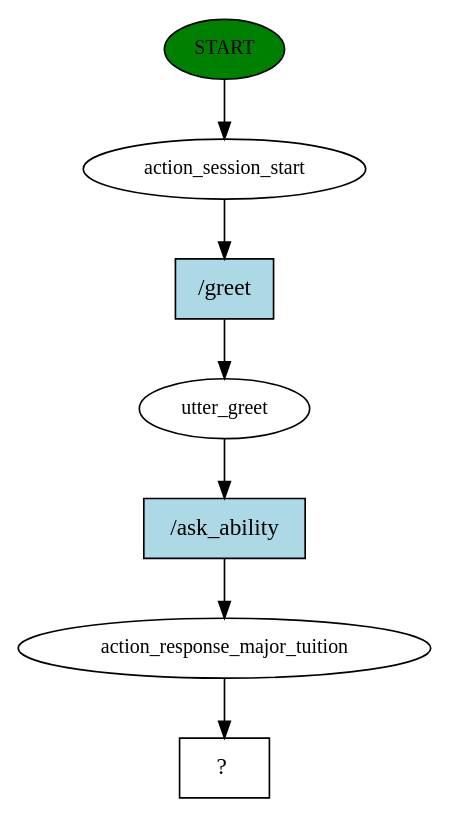
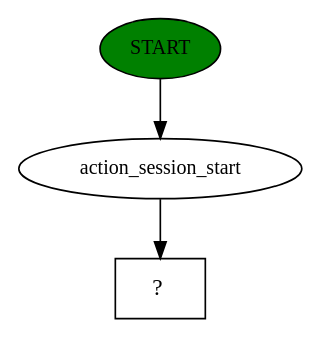
The diagram in story_graph.dot (Jester6136/Edubot), drawn with Graphviz before and after one commit. The commit also changed 6 other files, not shown here.

```diff
--- a/story_graph.dot
+++ b/story_graph.dot
@@ -1,15 +1,7 @@
 digraph  {
 0 [class="start active", fillcolor=green, fontsize=12, label=START, style=filled];
 1 [class=active, fontsize=12, label=action_session_start];
-2 [class=active, fontsize=12, label=utter_greet];
-3 [class=active, fontsize=12, label=action_response_major_tuition];
-4 [class="intent dashed active", label="  ?  ", shape=rect];
-5 [class="intent active", fillcolor=lightblue, label="/greet", shape=rect, style=filled];
-6 [class="intent active", fillcolor=lightblue, label="/ask_ability", shape=rect, style=filled];
+2 [class="intent dashed active", label="  ?  ", shape=rect];
 0 -> 1  [class=active, key=NONE, label=""];
-1 -> 5  [class=active, key=0];
-2 -> 6  [class=active, key=0];
-3 -> 4  [class=active, key=NONE, label=""];
-5 -> 2  [class=active, key=0];
-6 -> 3  [class=active, key=0];
+1 -> 2  [class=active, key=NONE, label=""];
 }
```
